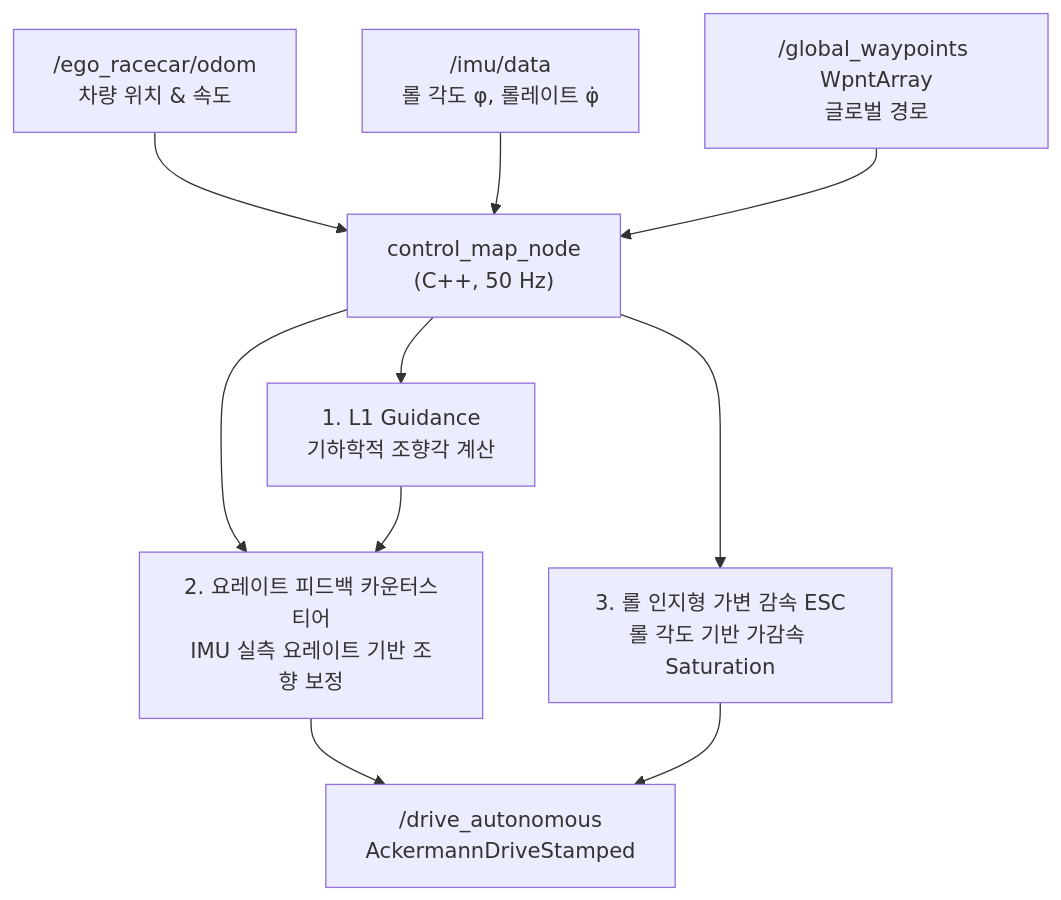
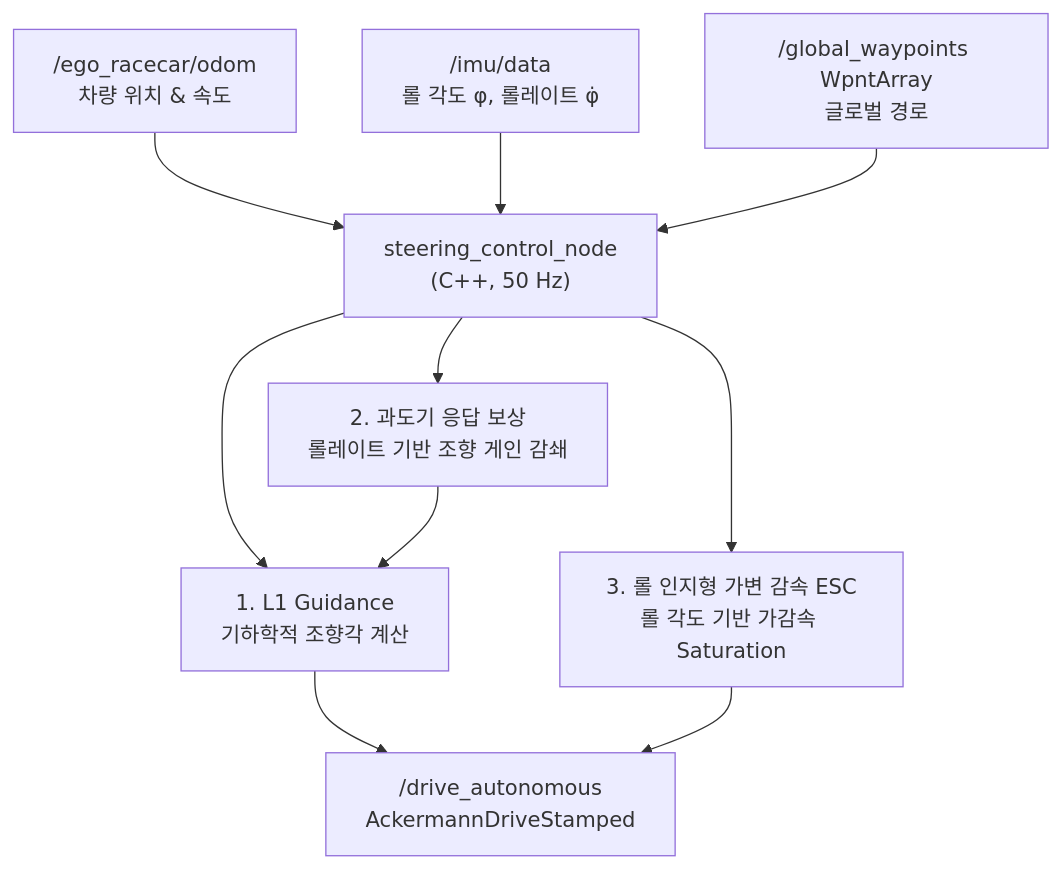
Before and after one commit to tenmeneat/F1-tenth_control: the diagram in CLAUDE.md, drawn with Mermaid. The commit also changed other lines of this file and 18 other files, not shown here.

````diff
--- a/CLAUDE.md
+++ b/CLAUDE.md
@@ -161,26 +95,26 @@
 ```mermaid
 graph TD
     SubOdom["/ego_racecar/odom<br>차량 위치 & 속도"]
     SubIMU["/imu/data<br>롤 각도 φ, 롤레이트 φ̇"]
     Waypoints["/global_waypoints WpntArray<br>글로벌 경로"]
 
-    Controller["control_map_node<br>(C++, 50 Hz)"]
+    Controller["steering_control_node<br>(C++, 50 Hz)"]
 
     SubL1["1. L1 Guidance<br>기하학적 조향각 계산"]
-    SubYawRate["2. 요레이트 피드백 카운터스티어<br>IMU 실측 요레이트 기반 조향 보정"]
+    SubTransient["2. 과도기 응답 보상<br>롤레이트 기반 조향 게인 감쇄"]
     SubESC["3. 롤 인지형 가변 감속 ESC<br>롤 각도 기반 가감속 Saturation"]
 
     PubDrive["/drive_autonomous<br>AckermannDriveStamped"]
 
     SubOdom --> Controller
     SubIMU --> Controller
     Waypoints --> Controller
 
     Controller --> SubL1
-    Controller --> SubYawRate
+    Controller --> SubTransient
     Controller --> SubESC
 
-    SubL1 --> SubYawRate
-    SubYawRate --> PubDrive
+    SubL1 --> PubDrive
+    SubTransient --> SubL1
     SubESC --> PubDrive
 ```
````
